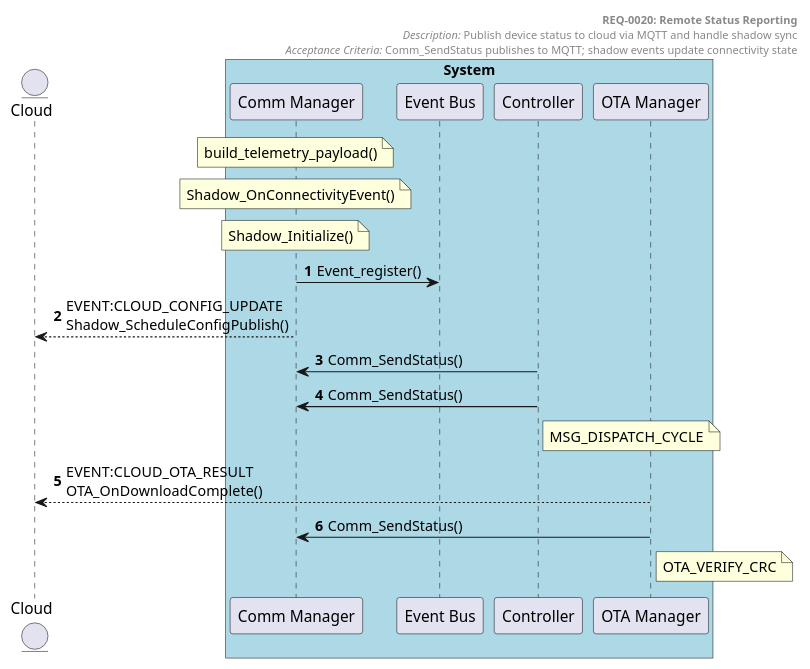
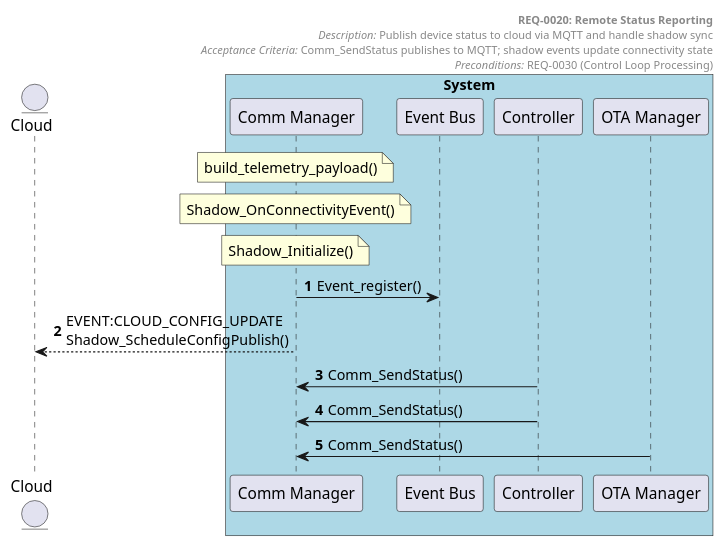
Before and after one commit to tvanfossen/doxygen-guard-example: the diagram in docs/generated/sequences/REQ-0020.puml, drawn with PlantUML. The commit also changed 9 other files, not shown here.

First line of the commit message:
Add @supports and @assumes tags, regenerate diagrams

```diff
--- a/docs/generated/sequences/REQ-0020.puml
+++ b/docs/generated/sequences/REQ-0020.puml
@@ -1,32 +1,30 @@
 @startuml REQ-0020 Remote Status Reporting
 autonumber
 
 entity "Cloud" as Cloud
 
 box "System" #LightBlue
   participant "Comm Manager" as Comm_Manager
   participant "Event Bus" as Event_Bus
   participant "Controller" as Controller
   participant "OTA Manager" as OTA_Manager
 end box
 
 header
   **REQ-0020: Remote Status Reporting**
   //Description:// Publish device status to cloud via MQTT and handle shadow sync
   //Acceptance Criteria:// Comm_SendStatus publishes to MQTT; shadow events update connectivity state
+  //Preconditions:// REQ-0030 (Control Loop Processing)
 end header
 
 note over Comm_Manager: build_telemetry_payload()
 note over Comm_Manager: Shadow_OnConnectivityEvent()
 note over Comm_Manager: Shadow_Initialize()
 
 Comm_Manager -> Event_Bus: Event_register()
 Comm_Manager --> Cloud: EVENT:CLOUD_CONFIG_UPDATE\nShadow_ScheduleConfigPublish()
 Controller -> Comm_Manager: Comm_SendStatus()
 Controller -> Comm_Manager: Comm_SendStatus()
-note right of Controller: MSG_DISPATCH_CYCLE
-OTA_Manager --> Cloud: EVENT:CLOUD_OTA_RESULT\nOTA_OnDownloadComplete()
 OTA_Manager -> Comm_Manager: Comm_SendStatus()
-note right of OTA_Manager: OTA_VERIFY_CRC
 
 @enduml
```
